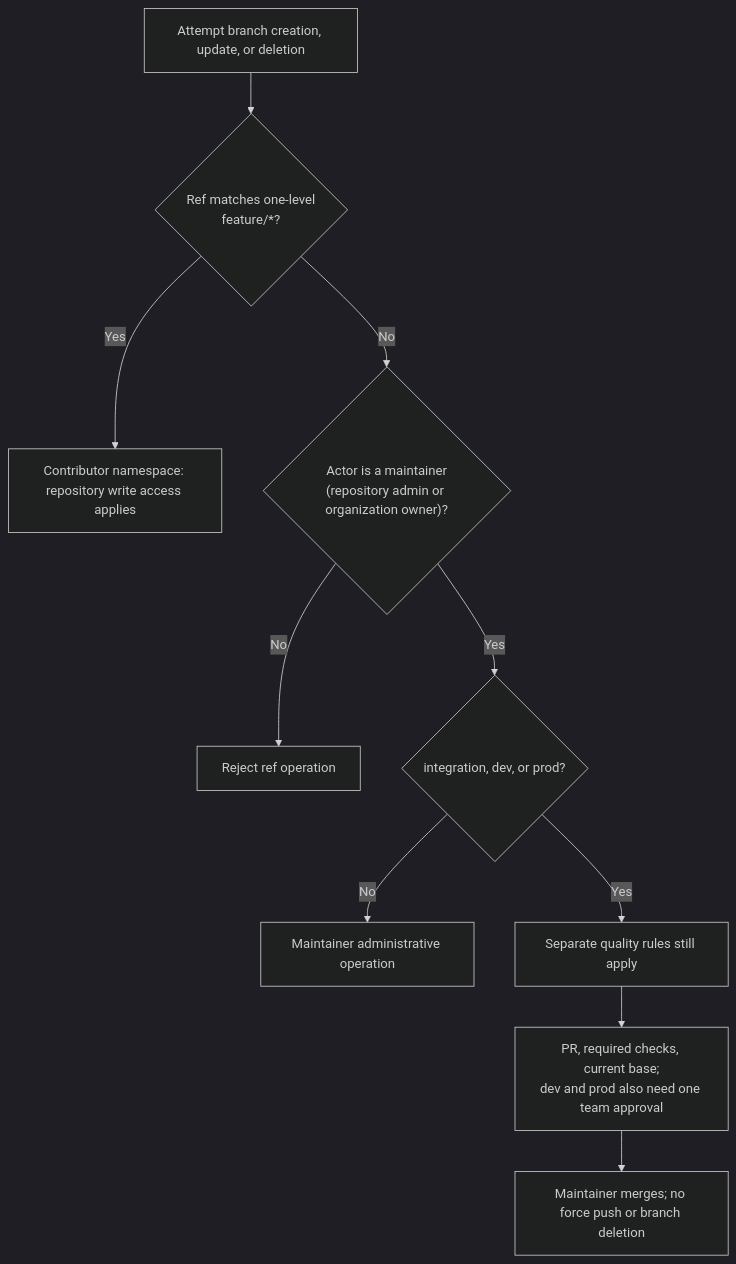
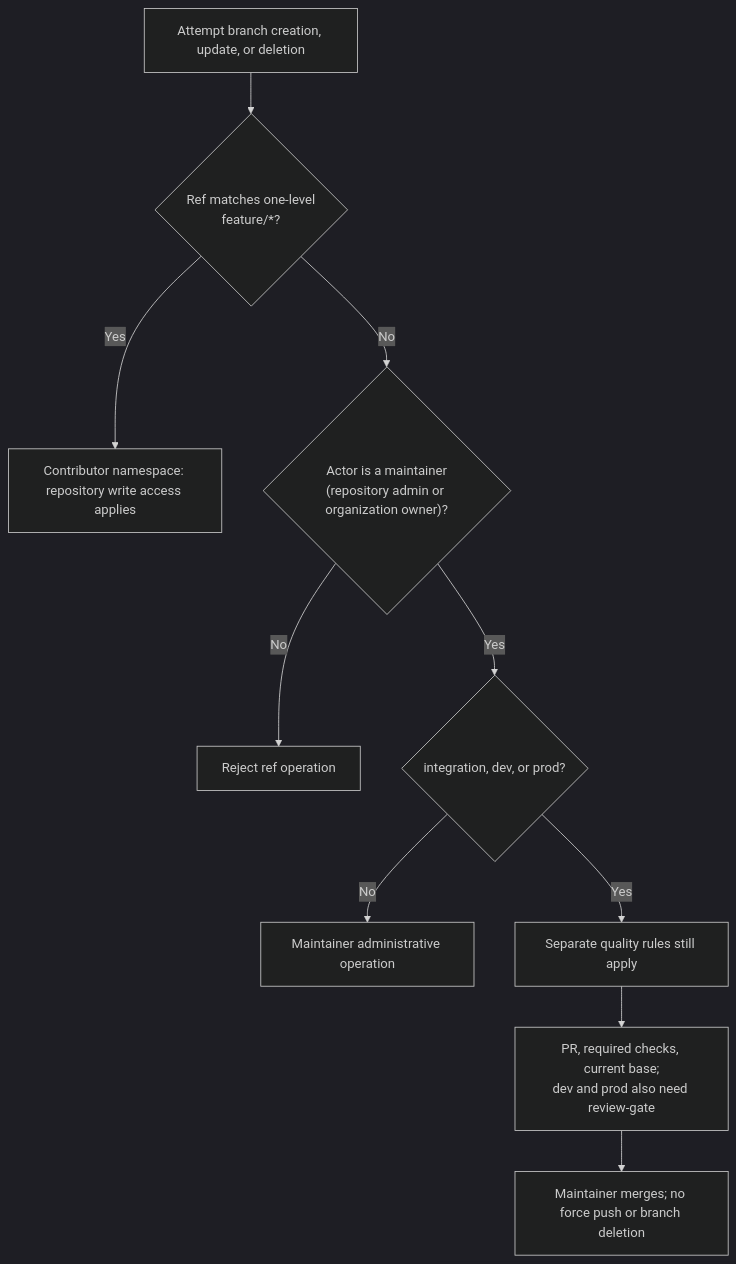
One commit to Yale-Undergraduate-Consulting-Group/club-res-website changed the second of 18 diagrams in docs/CI_CD.md. Above: the diagram before and after it, drawn with Mermaid (dark theme). The commit also changed other lines of this file and 7 other files, not shown here.

First line of the commit message:
Open dev to prod PRs automatically and gate dev/prod reviews by change size

````diff
--- a/docs/CI_CD.md
+++ b/docs/CI_CD.md
@@ -68,12 +68,12 @@
 ```mermaid
 flowchart TD
   A["Attempt branch creation, update, or deletion"] --> N{"Ref matches one-level<br/>feature/*?"}
   N -->|Yes| C["Contributor namespace: repository write access applies"]
   N -->|No| O{"Actor is a maintainer<br/>(repository admin or organization owner)?"}
   O -->|No| X["Reject ref operation"]
   O -->|Yes| S{"integration, dev, or prod?"}
   S -->|No| ADMIN["Maintainer administrative operation"]
   S -->|Yes| Q["Separate quality rules still apply"]
-  Q --> R["PR, required checks, current base;<br/>dev and prod also need one team approval"]
+  Q --> R["PR, required checks, current base;<br/>dev and prod also need review-gate"]
   R --> M["Maintainer merges; no force push or branch deletion"]
 ```
````
